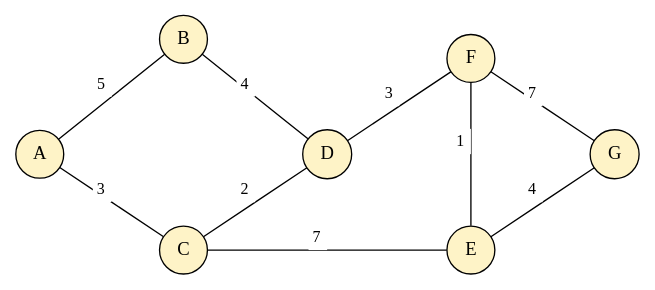
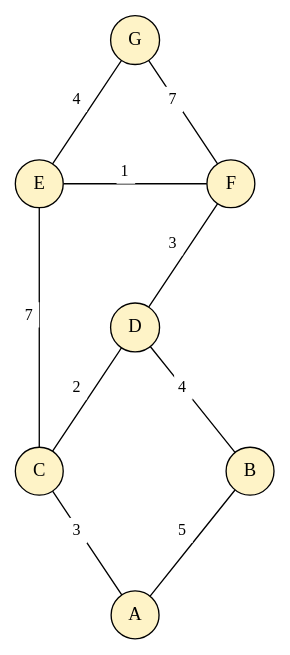
The third of 11 diagrams in examples/documents/23-informatics.md (kscht/spiridus-docs), drawn with Graphviz before and after one commit. The commit also changed other lines of this file and 56 other files, not shown here.

````diff
--- a/examples/documents/23-informatics.md
+++ b/examples/documents/23-informatics.md
@@ -297,12 +299,12 @@
 ```dot
 graph {
   layout=neato
   node [shape=circle, style=filled, fillcolor="#fef3c7", fontsize=14]
   edge [fontsize=12]
-  A [pos="0,1!"]; B [pos="1.5,2.2!"]; C [pos="1.5,0!"]; D [pos="3,1!"]
-  E [pos="4.5,0!"]; F [pos="4.5,2!"]; G [pos="6,1!"]
+  A [pos="1,0!"]; B [pos="2.2,1.5!"]; C [pos="0,1.5!"]; D [pos="1,3!"]
+  E [pos="0,4.5!"]; F [pos="2,4.5!"]; G [pos="1,6!"]
   A -- B [label=<<TABLE BORDER="0" CELLBORDER="0" CELLPADDING="1" BGCOLOR="white"><TR><TD>5</TD></TR></TABLE>>]; A -- C [label=<<TABLE BORDER="0" CELLBORDER="0" CELLPADDING="1" BGCOLOR="white"><TR><TD>3</TD></TR></TABLE>>]; B -- D [label=<<TABLE BORDER="0" CELLBORDER="0" CELLPADDING="1" BGCOLOR="white"><TR><TD>4</TD></TR></TABLE>>]; C -- D [label=<<TABLE BORDER="0" CELLBORDER="0" CELLPADDING="1" BGCOLOR="white"><TR><TD>2</TD></TR></TABLE>>]
   C -- E [label=<<TABLE BORDER="0" CELLBORDER="0" CELLPADDING="1" BGCOLOR="white"><TR><TD>7</TD></TR></TABLE>>]; D -- F [label=<<TABLE BORDER="0" CELLBORDER="0" CELLPADDING="1" BGCOLOR="white"><TR><TD>3</TD></TR></TABLE>>]; E -- F [label=<<TABLE BORDER="0" CELLBORDER="0" CELLPADDING="1" BGCOLOR="white"><TR><TD>1</TD></TR></TABLE>>]; E -- G [label=<<TABLE BORDER="0" CELLBORDER="0" CELLPADDING="1" BGCOLOR="white"><TR><TD>4</TD></TR></TABLE>>]
   F -- G [label=<<TABLE BORDER="0" CELLBORDER="0" CELLPADDING="1" BGCOLOR="white"><TR><TD>7</TD></TR></TABLE>>]
 }
 ```
````
